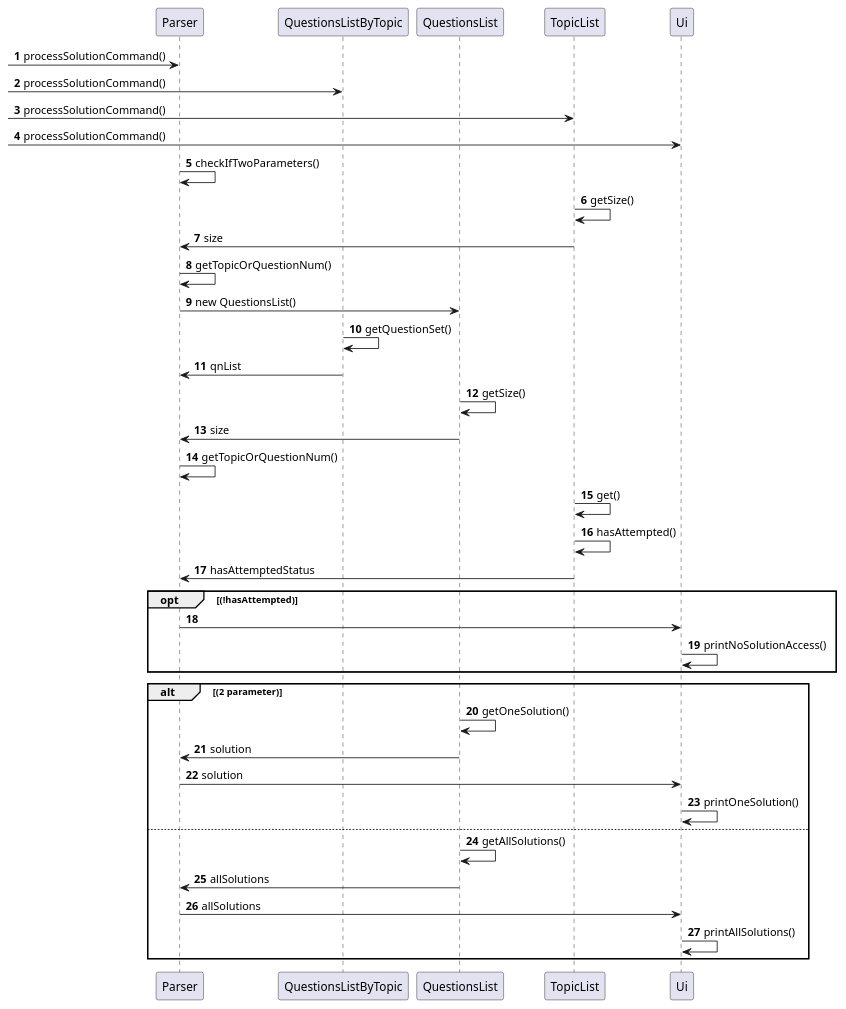
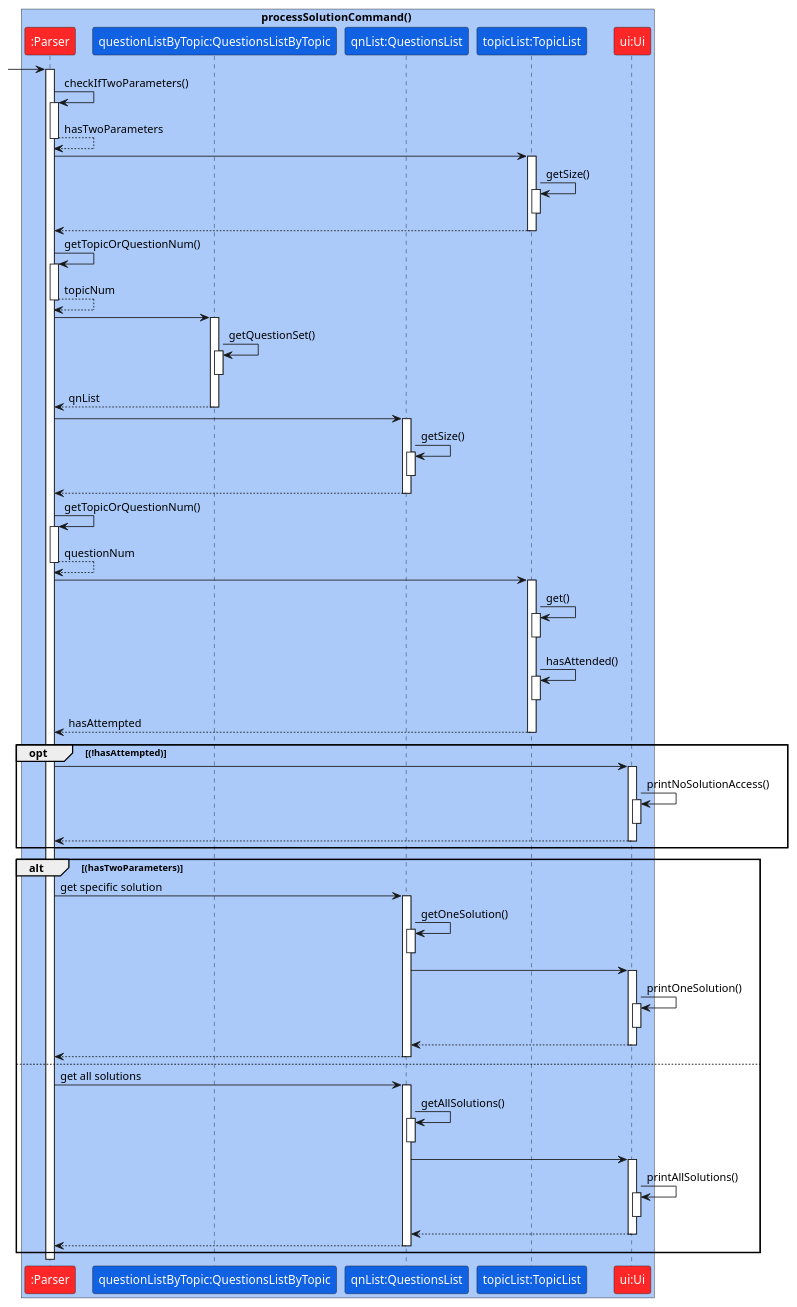
Before and after one commit to yuhengr/tp: the diagram in docs/team/img/Solution.puml, drawn with PlantUML. The commit also changed 1 other file, not shown here.

Commit message:
Update UML diagram

```diff
--- a/docs/team/img/Solution.puml
+++ b/docs/team/img/Solution.puml
@@ -1,53 +1,116 @@
 @startuml
-'https://plantuml.com/sequence-diagram
+skinparam ParticipantFontColor #FFFFFF
 
-autonumber
+box processSolutionCommand() #ABCAFA
+participant ":Parser" as Parser #FE2727
+participant "questionListByTopic:QuestionsListByTopic" as QuestionsListByTopic #1162E3
+participant "qnList:QuestionsList" as QuestionsList #1162E3
+participant "topicList:TopicList" as TopicList #1162E3
+participant "ui:Ui" as Ui #FE2727
+end box
 
-participant Parser
-participant QuestionsListByTopic
-participant QuestionsList
-participant TopicList
-participant Ui
+-> Parser:
+activate Parser
 
--> Parser: processSolutionCommand()
--> QuestionsListByTopic: processSolutionCommand()
--> TopicList: processSolutionCommand()
--> Ui: processSolutionCommand()
+Parser -> Parser : checkIfTwoParameters()
+activate Parser
+Parser --> Parser : hasTwoParameters
+deactivate Parser
 
-Parser -> Parser: checkIfTwoParameters()
+Parser -> TopicList
+activate TopicList
+TopicList -> TopicList : getSize()
+activate TopicList
+deactivate TopicList
+TopicList --> Parser
+deactivate TopicList
 
-TopicList -> TopicList: getSize()
-TopicList -> Parser: size
-Parser -> Parser: getTopicOrQuestionNum()
+Parser -> Parser : getTopicOrQuestionNum()
+activate Parser
+Parser --> Parser : topicNum
+deactivate Parser
 
-Parser -> QuestionsList: new QuestionsList()
+Parser -> QuestionsListByTopic
+activate QuestionsListByTopic
+QuestionsListByTopic -> QuestionsListByTopic : getQuestionSet()
+activate QuestionsListByTopic
+deactivate QuestionsListByTopic
 
-QuestionsListByTopic -> QuestionsListByTopic: getQuestionSet()
-QuestionsListByTopic -> Parser: qnList
+QuestionsListByTopic --> Parser : qnList
+deactivate QuestionsListByTopic
 
-QuestionsList -> QuestionsList: getSize()
-QuestionsList -> Parser: size
-Parser -> Parser: getTopicOrQuestionNum()
+Parser -> QuestionsList
+activate QuestionsList
+QuestionsList -> QuestionsList : getSize()
+activate QuestionsList
+deactivate QuestionsList
+QuestionsList--> Parser
+deactivate QuestionsList
 
-TopicList -> TopicList: get()
-TopicList -> TopicList: hasAttempted()
-TopicList -> Parser: hasAttemptedStatus
+Parser -> Parser : getTopicOrQuestionNum()
+activate Parser
+Parser --> Parser : questionNum
+deactivate Parser
+
+Parser -> TopicList
+activate TopicList
+TopicList -> TopicList : get()
+activate TopicList
+deactivate TopicList
+
+TopicList -> TopicList : hasAttended()
+activate TopicList
+deactivate TopicList
+
+TopicList --> Parser : hasAttempted
+deactivate TopicList
 
 opt (!hasAttempted)
-    Parser -> Ui:
+    Parser -> Ui
+    activate Ui
+
     Ui -> Ui: printNoSolutionAccess()
+    activate Ui
+    deactivate Ui
+
+    Ui --> Parser
+    deactivate Ui
 end
 
-alt (2 parameter)
+alt (hasTwoParameters)
+    Parser -> QuestionsList : get specific solution
+    activate QuestionsList
+
     QuestionsList -> QuestionsList : getOneSolution()
-    QuestionsList -> Parser: solution
-    Parser -> Ui: solution
-    Ui -> Ui: printOneSolution()
+    activate QuestionsList
+    deactivate QuestionsList
+
+    QuestionsList -> Ui
+    activate Ui
+    Ui -> Ui : printOneSolution()
+    activate Ui
+    deactivate Ui
+    Ui --> QuestionsList
+    deactivate Ui
+    QuestionsList --> Parser
+    deactivate QuestionsList
 else
+    Parser -> QuestionsList : get all solutions
+    activate QuestionsList
+
     QuestionsList -> QuestionsList : getAllSolutions()
-    QuestionsList -> Parser: allSolutions
-    Parser -> Ui: allSolutions
-    Ui -> Ui: printAllSolutions()
+    activate QuestionsList
+    deactivate QuestionsList
+
+    QuestionsList -> Ui
+    activate Ui
+    Ui -> Ui : printAllSolutions()
+    activate Ui
+    deactivate Ui
+    Ui --> QuestionsList :
+    deactivate Ui
+    QuestionsList --> Parser
+    deactivate QuestionsList
 end
 
 @enduml
```
